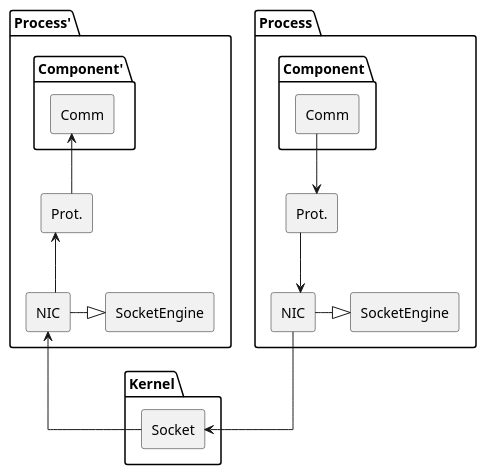
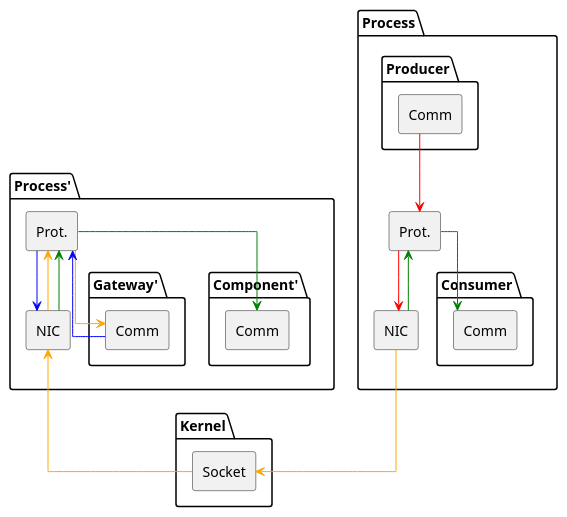
The diagram in doc/uml/02-process_thread_diagram.puml (jcconnects/UFSC-INE5424), drawn with PlantUML before and after one commit.

Commit message:
update process diagram

```diff
--- a/doc/uml/02-process_thread_diagram.puml
+++ b/doc/uml/02-process_thread_diagram.puml
@@ -1,44 +1,52 @@
 @startuml 02-process_thread_diagram
 
 ' Style definitions
 skinparam componentStyle rectangle
 skinparam backgroundColor white
 skinparam linetype ortho
 
 ' Process Components
 package "Process" {
-  package "Component" {
-    component [Comm] as comm1
+  package "Producer" {
+    component [Comm] as comm_producer1
+  }
+  package "Consumer" {
+    component [Comm] as comm_consumer1
   }
   component [Prot.] as prot1
   component [NIC] as nic1
-  component [SocketEngine] as SocketEngine1
-  
-  comm1 --> prot1
-  prot1 --> nic1
-  nic1 -|> SocketEngine1
+
+  comm_producer1 --[#red]> prot1
+  prot1 --[#red]> nic1
+  nic1 --[#green]> prot1
+  prot1 --[#green]> comm_consumer1
 }
 
 ' Second Process with Threads
 package "Process'" {
+  package "Gateway'" {
+    component [Comm] as comm_gateway2
+  }
   package "Component'" {
-    component [Comm] as comm2
+    component [Comm] as comm_consumer2
   }
     component [Prot.] as prot2
     component [NIC] as nic2
-    component [SocketEngine] as SocketEngine2
-    
-  nic2 -|> SocketEngine2
-  prot2 <-- nic2 
-  comm2 <-- prot2 
+
+  nic2 --[#orange]> prot2  
+  prot2 --[#orange]> comm_gateway2
+  comm_gateway2 --[#blue]> prot2
+  prot2 --[#blue]> nic2
+  nic2 --[#green]> prot2
+  prot2 --[#green]> comm_consumer2
 }
 
 ' Kernel architecture section
 package "Kernel" {
   component [Socket] as socket
   
-  nic1--> socket
-  nic2 <-- socket
+  nic1--[#orange]> socket
+  nic2 <--[#orange] socket
 }
 
 @enduml 
```
